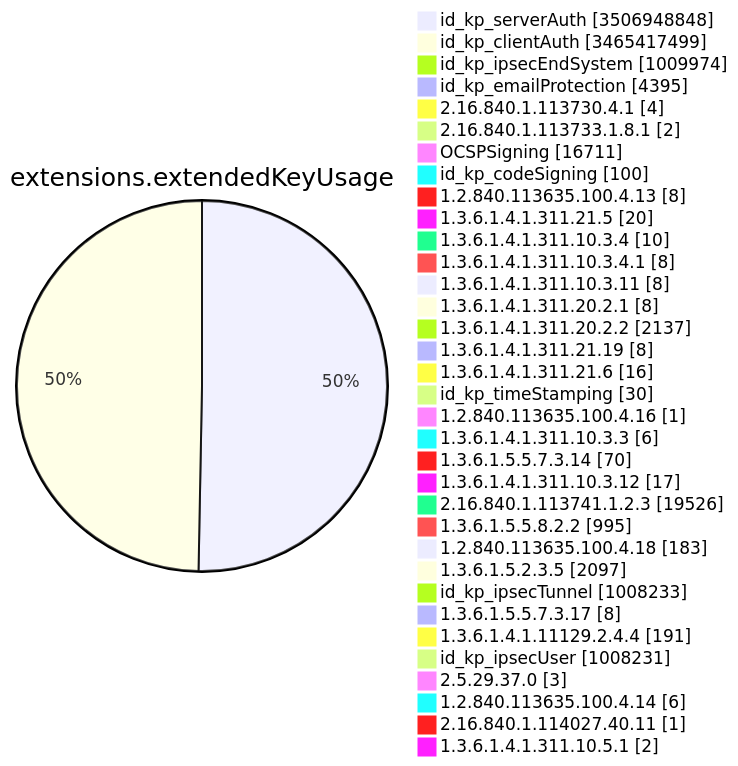
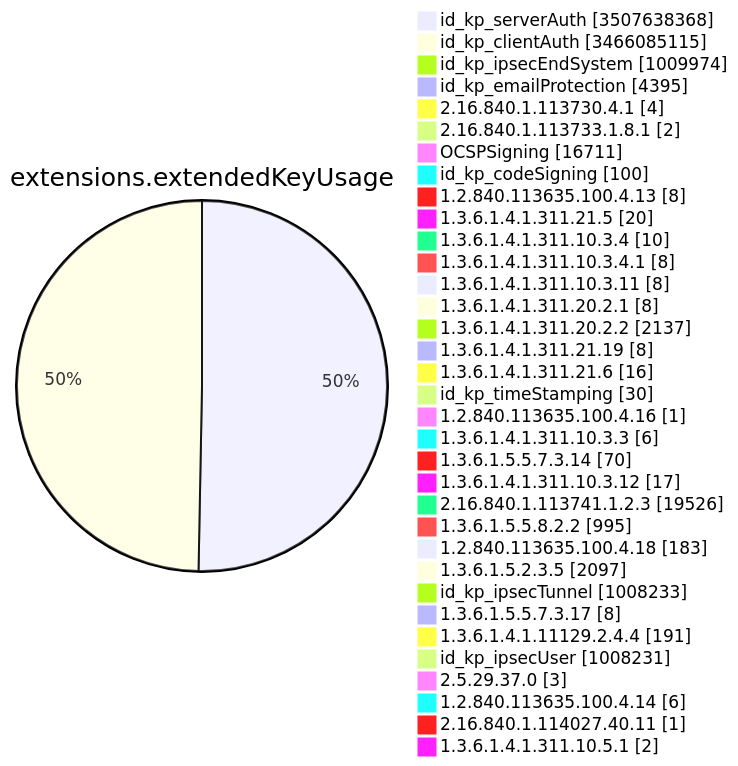
Diagram 11 of 15 in TOTAL/README.md (christiankrug/ctmonitor_visualization), drawn with Mermaid before and after one commit. The commit also changed other lines of this file, not shown here.

````diff
--- a/TOTAL/README.md
+++ b/TOTAL/README.md
@@ -4126,38 +4126,38 @@
 ```mermaid
 pie showData
 title extensions.extendedKeyUsage
-"id_kp_serverAuth" :3506948848
-"id_kp_clientAuth" :3465417499
+"id_kp_serverAuth" :3507638368
+"id_kp_clientAuth" :3466085115
 "id_kp_ipsecEndSystem" :1009974
 "id_kp_emailProtection" :4395
 "2.16.840.1.113730.4.1" :4
 "2.16.840.1.113733.1.8.1" :2
 "OCSPSigning" :16711
 "id_kp_codeSigning" :100
 "1.2.840.113635.100.4.13" :8
 "1.3.6.1.4.1.311.21.5" :20
 "1.3.6.1.4.1.311.10.3.4" :10
 "1.3.6.1.4.1.311.10.3.4.1" :8
 "1.3.6.1.4.1.311.10.3.11" :8
 "1.3.6.1.4.1.311.20.2.1" :8
 "1.3.6.1.4.1.311.20.2.2" :2137
 "1.3.6.1.4.1.311.21.19" :8
 "1.3.6.1.4.1.311.21.6" :16
 "id_kp_timeStamping" :30
 "1.2.840.113635.100.4.16" :1
 "1.3.6.1.4.1.311.10.3.3" :6
 "1.3.6.1.5.5.7.3.14" :70
 "1.3.6.1.4.1.311.10.3.12" :17
 "2.16.840.1.113741.1.2.3" :19526
 "1.3.6.1.5.5.8.2.2" :995
 "1.2.840.113635.100.4.18" :183
 "1.3.6.1.5.2.3.5" :2097
 "id_kp_ipsecTunnel" :1008233
 "1.3.6.1.5.5.7.3.17" :8
 "1.3.6.1.4.1.11129.2.4.4" :191
 "id_kp_ipsecUser" :1008231
 "2.5.29.37.0" :3
 "1.2.840.113635.100.4.14" :6
 "2.16.840.1.114027.40.11" :1
 "1.3.6.1.4.1.311.10.5.1" :2
 ```
````
